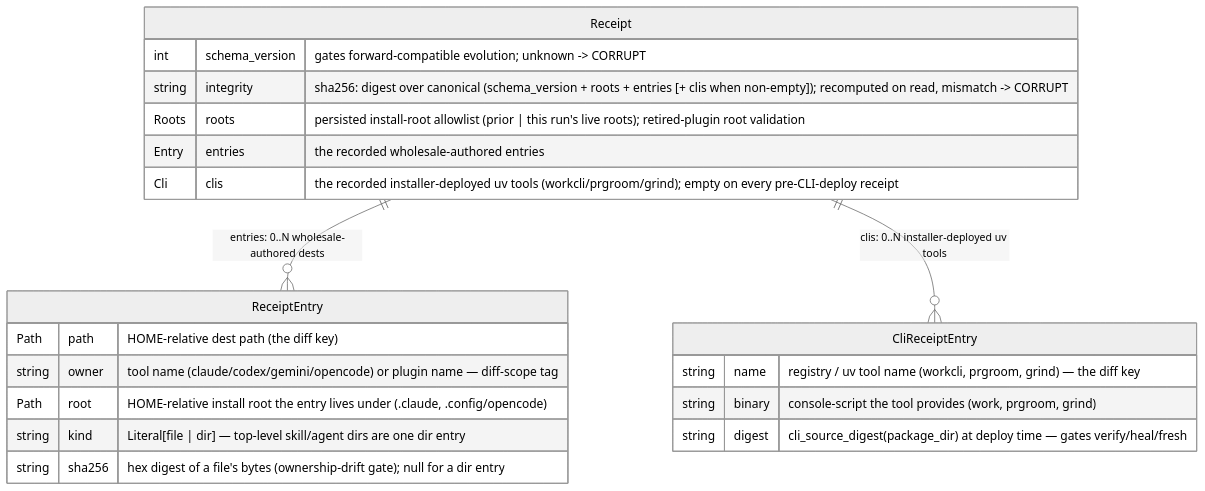
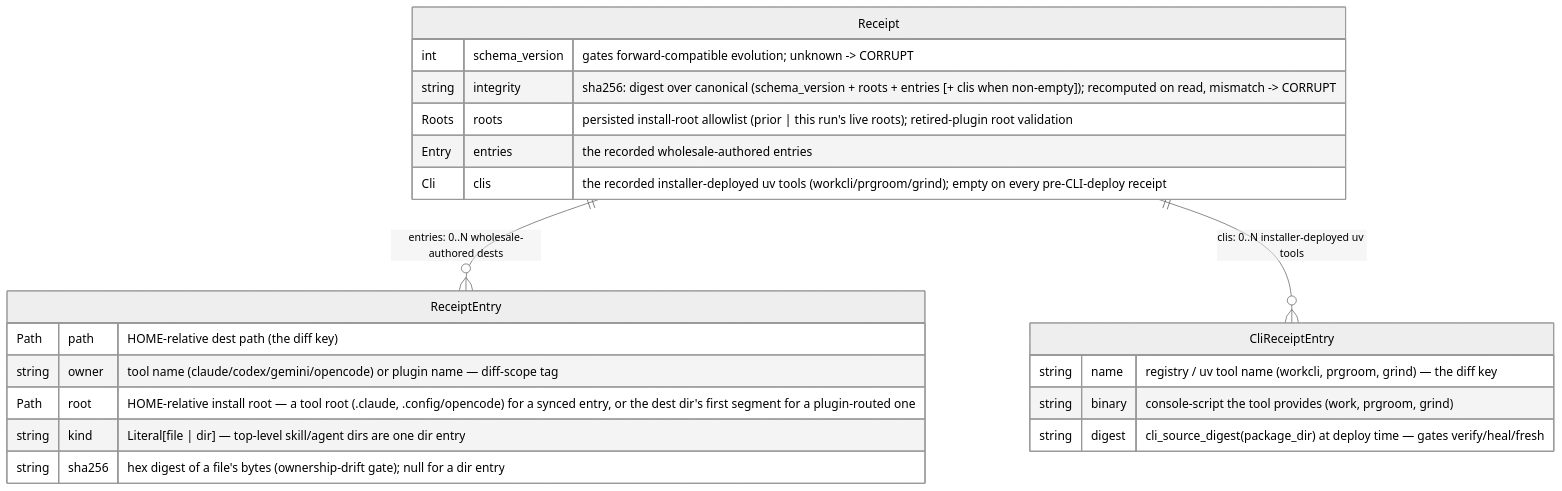
Before and after one commit to scotthamilton77/agents-config: the second of 3 diagrams in docs/architecture/installer/data-view.md, drawn with Mermaid (neutral theme).

Commit message:
docs(9k9.190): a receipt root is derived, so the ER note stops enumerating it
The attribute note listed the tool roots as though they were the whole value
space. route_entry_for sets root to the first segment of a plugin route's dest
dir relative to home, which is outside every tool tree, so a closed enumeration
understates what the field holds. The note now states how the value is derived
in each of the two cases.

Claude-Session: https://claude.ai/code/session_01HkuFNrwBjBpgwm5ojKGgky

````diff
--- a/docs/architecture/installer/data-view.md
+++ b/docs/architecture/installer/data-view.md
@@ -144,27 +144,27 @@
 ```mermaid
 erDiagram
     Receipt ||--o{ ReceiptEntry : "entries: 0..N wholesale-authored dests"
     Receipt ||--o{ CliReceiptEntry : "clis: 0..N installer-deployed uv tools"
 
     Receipt {
         int    schema_version  "gates forward-compatible evolution; unknown -> CORRUPT"
         string integrity       "sha256: digest over canonical (schema_version + roots + entries [+ clis when non-empty]); recomputed on read, mismatch -> CORRUPT"
         Roots  roots           "persisted install-root allowlist (prior | this run's live roots); retired-plugin root validation"
         Entry  entries         "the recorded wholesale-authored entries"
         Cli    clis            "the recorded installer-deployed uv tools (workcli/prgroom/grind); empty on every pre-CLI-deploy receipt"
     }
 
     ReceiptEntry {
         Path   path    "HOME-relative dest path (the diff key)"
         string owner   "tool name (claude/codex/gemini/opencode) or plugin name — diff-scope tag"
-        Path   root    "HOME-relative install root the entry lives under (.claude, .config/opencode)"
+        Path   root    "HOME-relative install root — a tool root (.claude, .config/opencode) for a synced entry, or the dest dir's first segment for a plugin-routed one"
         string kind    "Literal[file | dir] — top-level skill/agent dirs are one dir entry"
         string sha256  "hex digest of a file's bytes (ownership-drift gate); null for a dir entry"
     }
 
     CliReceiptEntry {
         string name    "registry / uv tool name (workcli, prgroom, grind) — the diff key"
         string binary  "console-script the tool provides (work, prgroom, grind)"
         string digest  "cli_source_digest(package_dir) at deploy time — gates verify/heal/fresh"
     }
 ```
````
